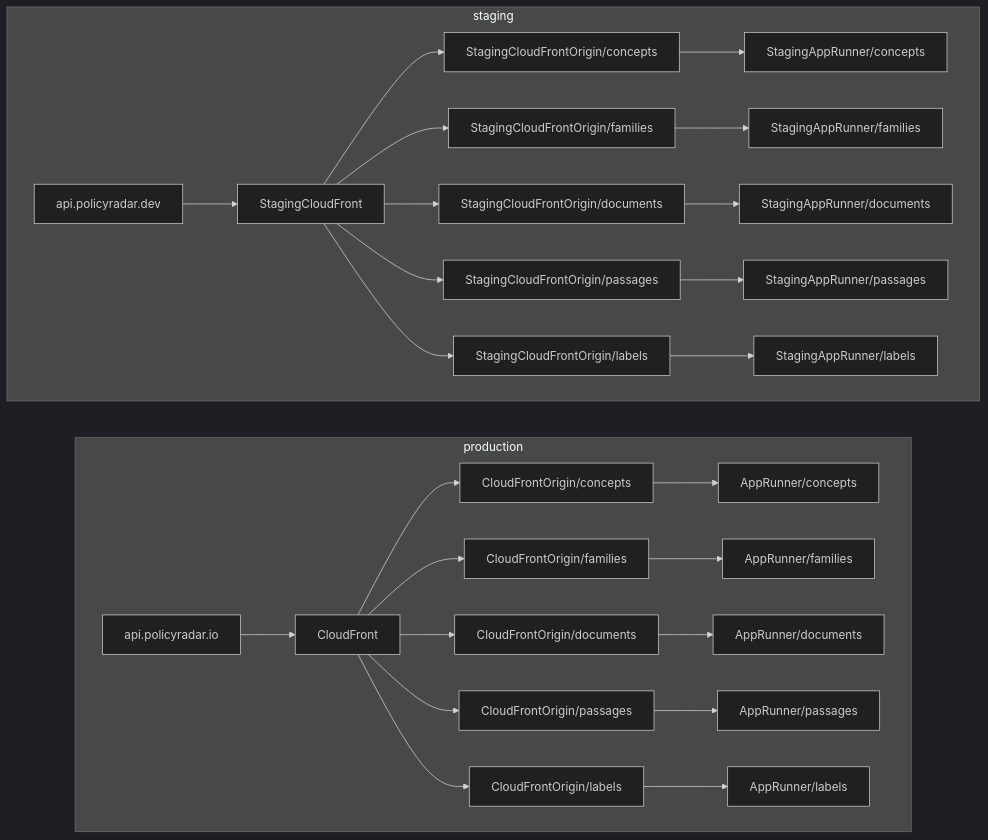
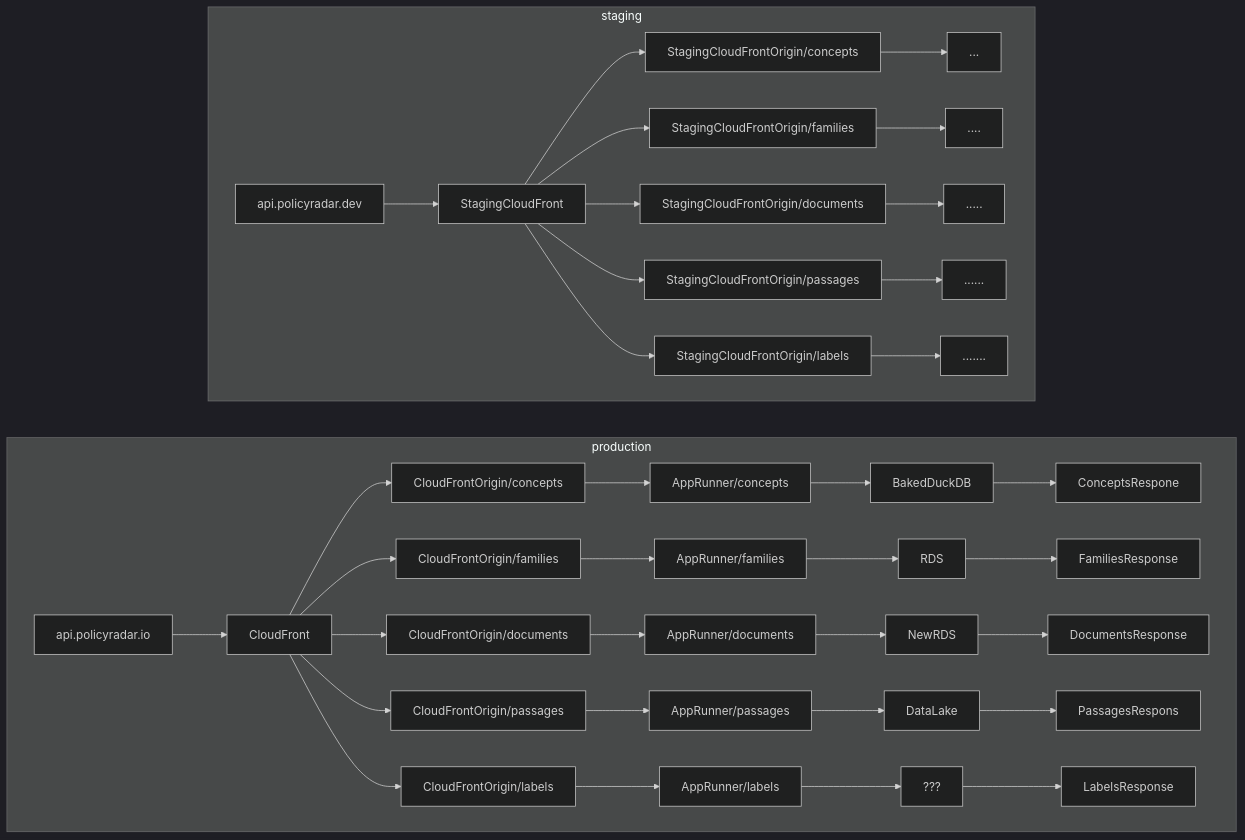
Before and after one commit to climatepolicyradar/navigator-backend: the diagram in families-api/README.md, drawn with Mermaid (dark theme). The commit also changed other lines of this file, not shown here.

Commit message:
fix: update graph

````diff
--- a/families-api/README.md
+++ b/families-api/README.md
@@ -46,22 +46,22 @@
 ```mermaid
-flowchart LR
+flowchart RL
     subgraph production
         direction LR
         Rouet53["api.policyradar.io"]-->CloudFront
-        CloudFront-->CloudFrontOrigin/concepts-->AppRunner/concepts
-        CloudFront-->CloudFrontOrigin/families-->AppRunner/families
-        CloudFront-->CloudFrontOrigin/documents-->AppRunner/documents
-        CloudFront-->CloudFrontOrigin/passages-->AppRunner/passages
-        CloudFront-->CloudFrontOrigin/labels-->AppRunner/labels
+        CloudFront-->CloudFrontOrigin/concepts-->AppRunner/concepts-->BakedDuckDB-->ConceptsRespone
+        CloudFront-->CloudFrontOrigin/families-->AppRunner/families-->RDS-->FamiliesResponse
+        CloudFront-->CloudFrontOrigin/documents-->AppRunner/documents-->NewRDS-->DocumentsResponse
+        CloudFront-->CloudFrontOrigin/passages-->AppRunner/passages-->DataLake-->PassagesRespons
+        CloudFront-->CloudFrontOrigin/labels-->AppRunner/labels-->???-->LabelsResponse
     end
 
     subgraph staging
         direction LR
         StagingRouet53["api.policyradar.dev"]-->StagingCloudFront
-        StagingCloudFront-->StagingCloudFrontOrigin/concepts-->StagingAppRunner/concepts
-        StagingCloudFront-->StagingCloudFrontOrigin/families-->StagingAppRunner/families
-        StagingCloudFront-->StagingCloudFrontOrigin/documents-->StagingAppRunner/documents
-        StagingCloudFront-->StagingCloudFrontOrigin/passages-->StagingAppRunner/passages
-        StagingCloudFront-->StagingCloudFrontOrigin/labels-->StagingAppRunner/labels
+        StagingCloudFront-->StagingCloudFrontOrigin/concepts-->...
+        StagingCloudFront-->StagingCloudFrontOrigin/families-->....
+        StagingCloudFront-->StagingCloudFrontOrigin/documents-->.....
+        StagingCloudFront-->StagingCloudFrontOrigin/passages-->......
+        StagingCloudFront-->StagingCloudFrontOrigin/labels-->.......
     end
 ```
````
